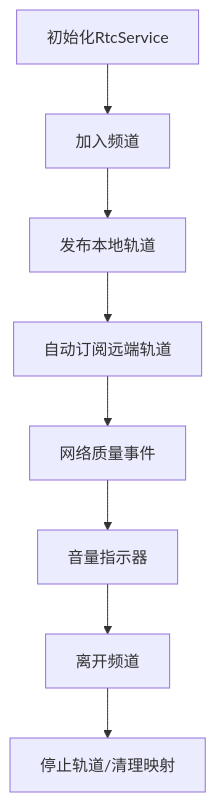
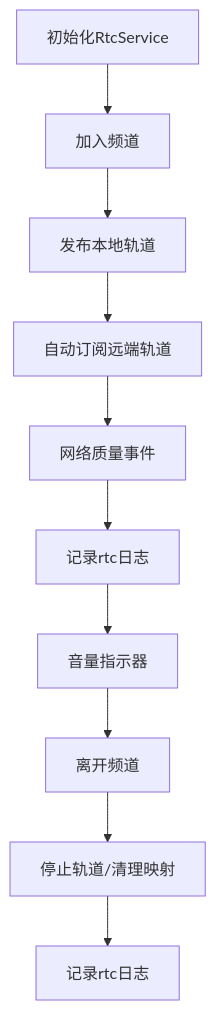
Before and after one commit to Easemob-Community/easemob-uikit-callkit-vue3: the fifth of 7 diagrams in .qoder/repowiki/zh/content/高级功能/高级功能.md, drawn with Mermaid. The commit also changed other lines of this file and 58 other files, not shown here.

````diff
--- a/.qoder/repowiki/zh/content/高级功能/高级功能.md
+++ b/.qoder/repowiki/zh/content/高级功能/高级功能.md
@@ -271,10 +322,12 @@
 ```mermaid
 flowchart TD
 Init["初始化RtcService"] --> Join["加入频道"]
 Join --> Publish["发布本地轨道"]
 Publish --> Sub["自动订阅远端轨道"]
 Sub --> Quality["网络质量事件"]
-Quality --> Volume["音量指示器"]
+Quality --> LogRtc["记录rtc日志"]
+LogRtc --> Volume["音量指示器"]
 Volume --> Leave["离开频道"]
 Leave --> Cleanup["停止轨道/清理映射"]
+Cleanup --> LogRtc2["记录rtc日志"]
 ```
````
